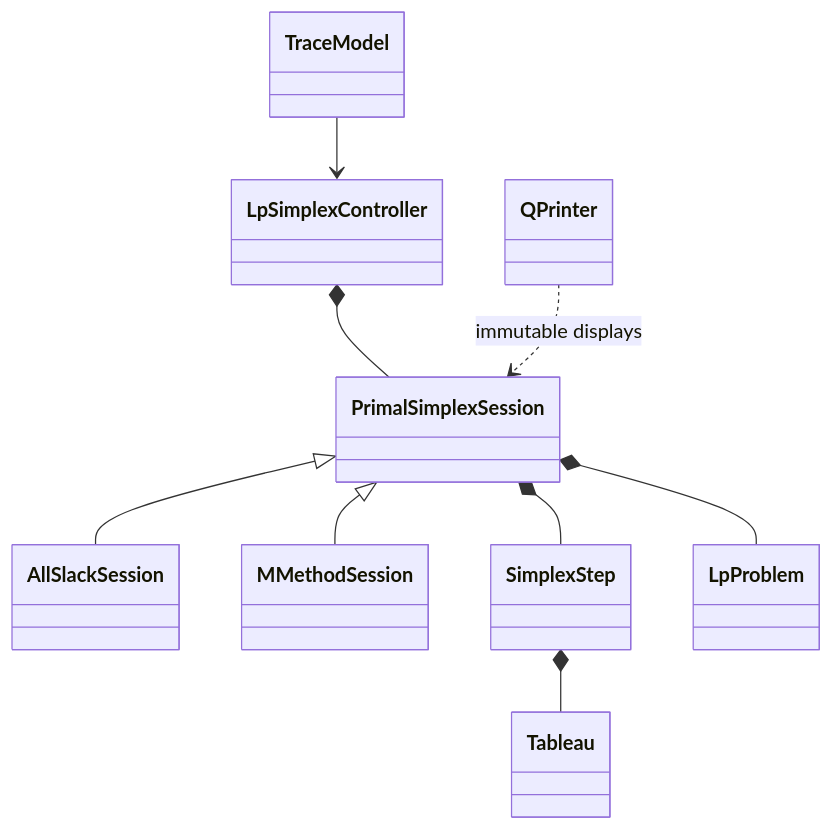
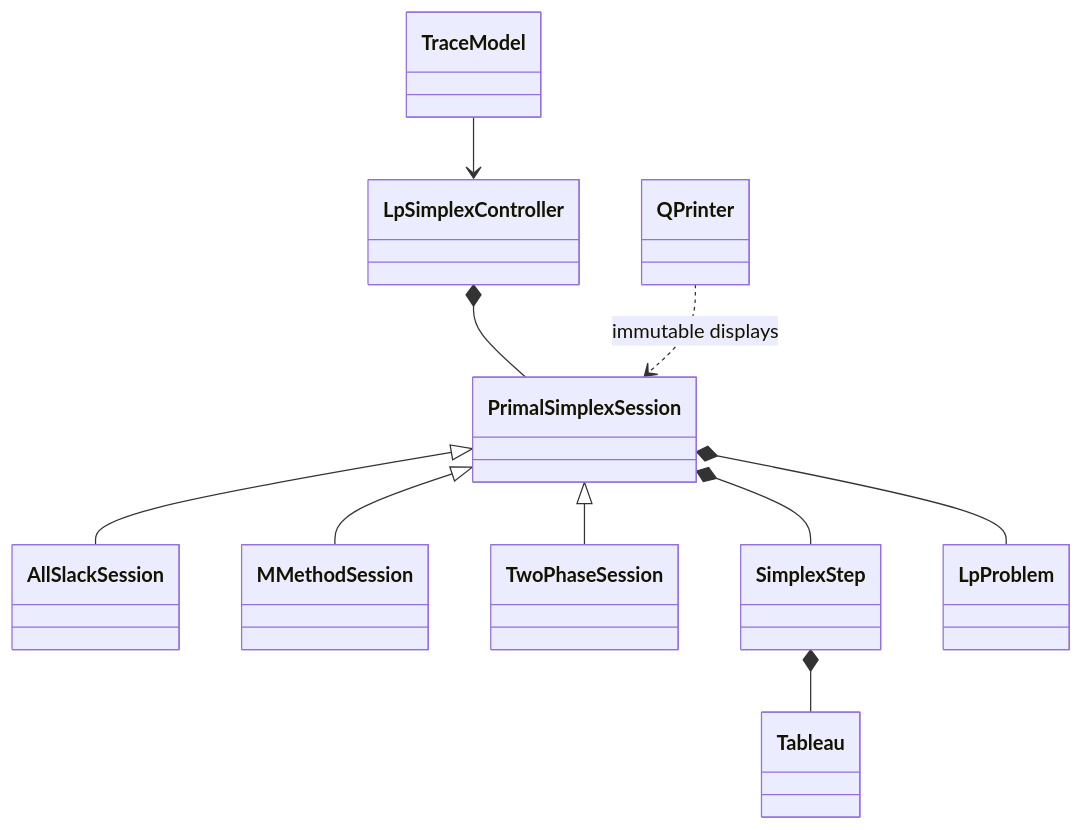
One commit to Nitir4/Eidolon changed the fourth of 4 diagrams in docs/ARCHITECTURE.md. Above: the diagram before and after it, drawn with Mermaid. The commit also changed other lines of this file and 26 other files, not shown here.

Commit message:
Implement capture-verified Two-phase and native phase transition

````diff
--- a/docs/ARCHITECTURE.md
+++ b/docs/ARCHITECTURE.md
@@ -334,11 +334,12 @@
 ```mermaid
 classDiagram
     PrimalSimplexSession <|-- AllSlackSession
     PrimalSimplexSession <|-- MMethodSession
+    PrimalSimplexSession <|-- TwoPhaseSession
     PrimalSimplexSession *-- SimplexStep
     PrimalSimplexSession *-- LpProblem
     SimplexStep *-- Tableau
     LpSimplexController *-- PrimalSimplexSession
     TraceModel --> LpSimplexController
     QPrinter ..> PrimalSimplexSession : immutable displays
 ```
````
